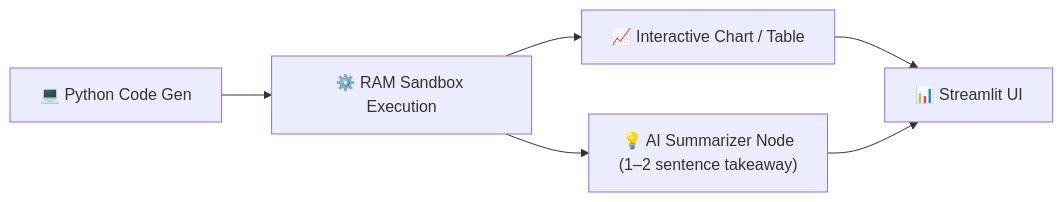
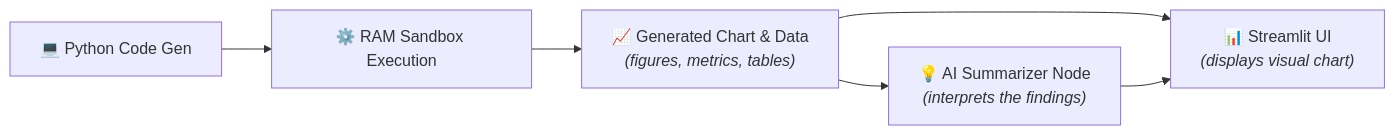
The second of 6 diagrams in README.md (Deathslayer007/EDA-Agent), drawn with Mermaid before and after one commit.

Commit message:
minor README changes

````diff
--- a/README.md
+++ b/README.md
@@ -54,8 +54,8 @@
 ```mermaid
 flowchart LR
     Code["💻 Python Code Gen"] --> Exec["⚙️ RAM Sandbox Execution"]
-    Exec --> Chart["📈 Interactive Chart / Table"]
-    Exec --> Sum["💡 AI Summarizer Node\n(1–2 sentence takeaway)"]
-    Chart --> UI["📊 Streamlit UI"]
+    Exec --> Output["📈 Generated Chart & Data<br/><i>(figures, metrics, tables)</i>"]
+    Output --> UI["📊 Streamlit UI<br/><i>(displays visual chart)</i>"]
+    Output --> Sum["💡 AI Summarizer Node<br/><i>(interprets the findings)</i>"]
     Sum --> UI
 ```
````
